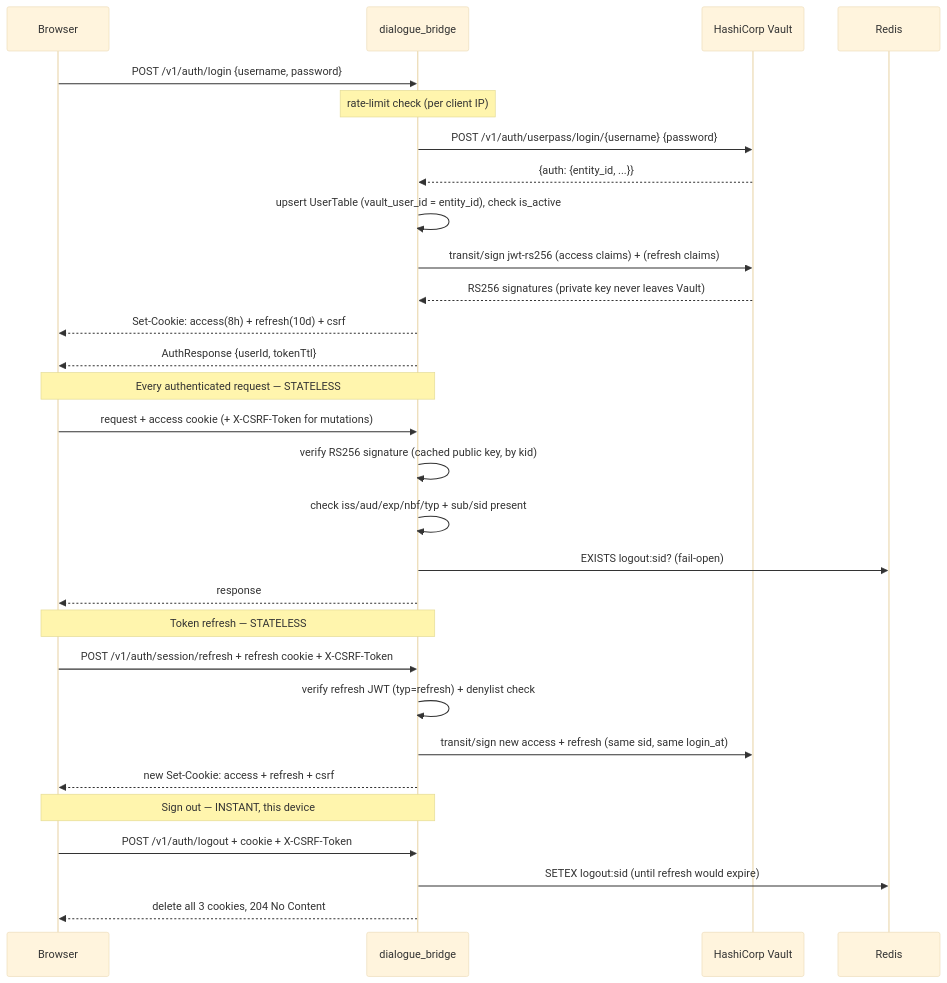
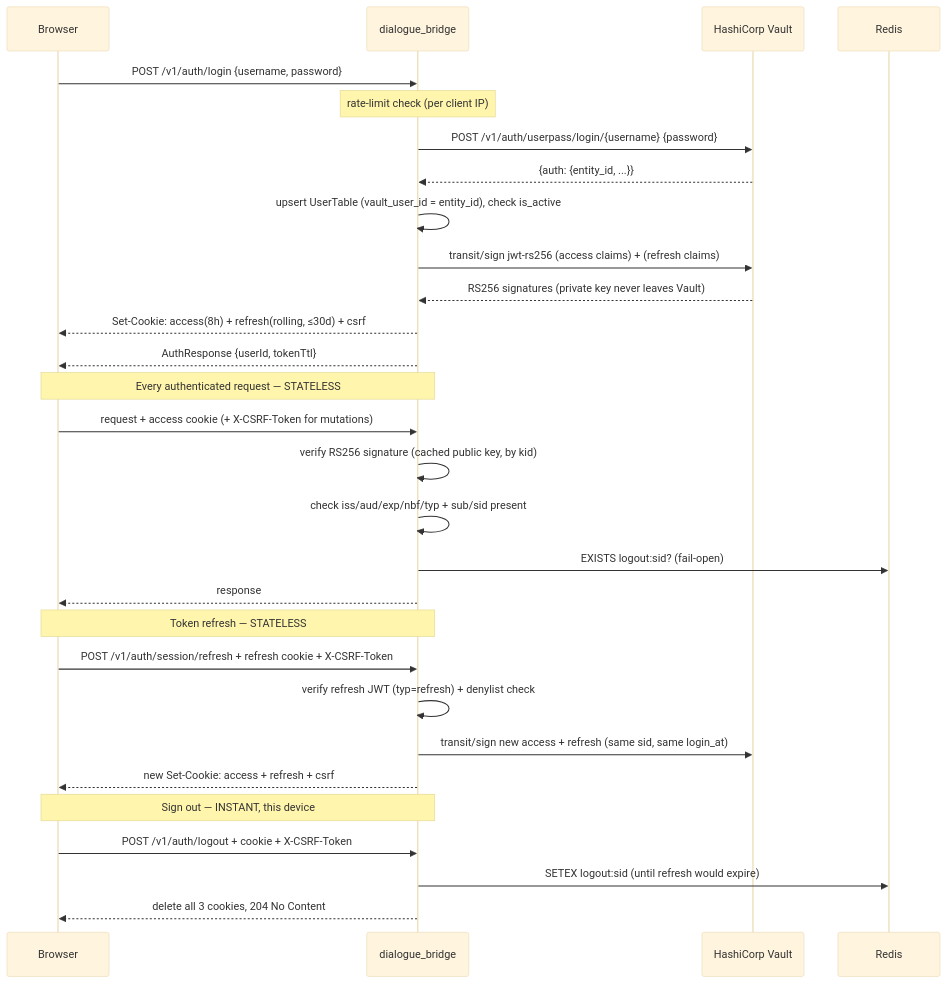
The second of 5 diagrams in docs/flows/authentication-and-session.md (konstantinosmpouros/mAgenticX), drawn with Mermaid (base theme) before and after one commit. The commit also changed other lines of this file and 18 other files, not shown here.

````diff
--- a/docs/flows/authentication-and-session.md
+++ b/docs/flows/authentication-and-session.md
@@ -32,35 +32,35 @@
 ```mermaid
 sequenceDiagram
     participant B as Browser
     participant Bridge as dialogue_bridge
     participant Vault as HashiCorp Vault
     participant Redis as Redis
 
     B->>Bridge: POST /v1/auth/login {username, password}
     Note over Bridge: rate-limit check (per client IP)
     Bridge->>Vault: POST /v1/auth/userpass/login/{username} {password}
     Vault-->>Bridge: {auth: {entity_id, ...}}
     Bridge->>Bridge: upsert UserTable (vault_user_id = entity_id), check is_active
     Bridge->>Vault: transit/sign jwt-rs256 (access claims) + (refresh claims)
     Vault-->>Bridge: RS256 signatures (private key never leaves Vault)
-    Bridge-->>B: Set-Cookie: access(8h) + refresh(10d) + csrf
+    Bridge-->>B: Set-Cookie: access(8h) + refresh(rolling, ≤30d) + csrf
     Bridge-->>B: AuthResponse {userId, tokenTtl}
 
     Note over B,Bridge: Every authenticated request — STATELESS
     B->>Bridge: request + access cookie (+ X-CSRF-Token for mutations)
     Bridge->>Bridge: verify RS256 signature (cached public key, by kid)
     Bridge->>Bridge: check iss/aud/exp/nbf/typ + sub/sid present
     Bridge->>Redis: EXISTS logout:sid? (fail-open)
     Bridge-->>B: response
 
     Note over B,Bridge: Token refresh — STATELESS
     B->>Bridge: POST /v1/auth/session/refresh + refresh cookie + X-CSRF-Token
     Bridge->>Bridge: verify refresh JWT (typ=refresh) + denylist check
     Bridge->>Vault: transit/sign new access + refresh (same sid, same login_at)
     Bridge-->>B: new Set-Cookie: access + refresh + csrf
 
     Note over B,Bridge: Sign out — INSTANT, this device
     B->>Bridge: POST /v1/auth/logout + cookie + X-CSRF-Token
     Bridge->>Redis: SETEX logout:sid (until refresh would expire)
     Bridge-->>B: delete all 3 cookies, 204 No Content
 ```
````
